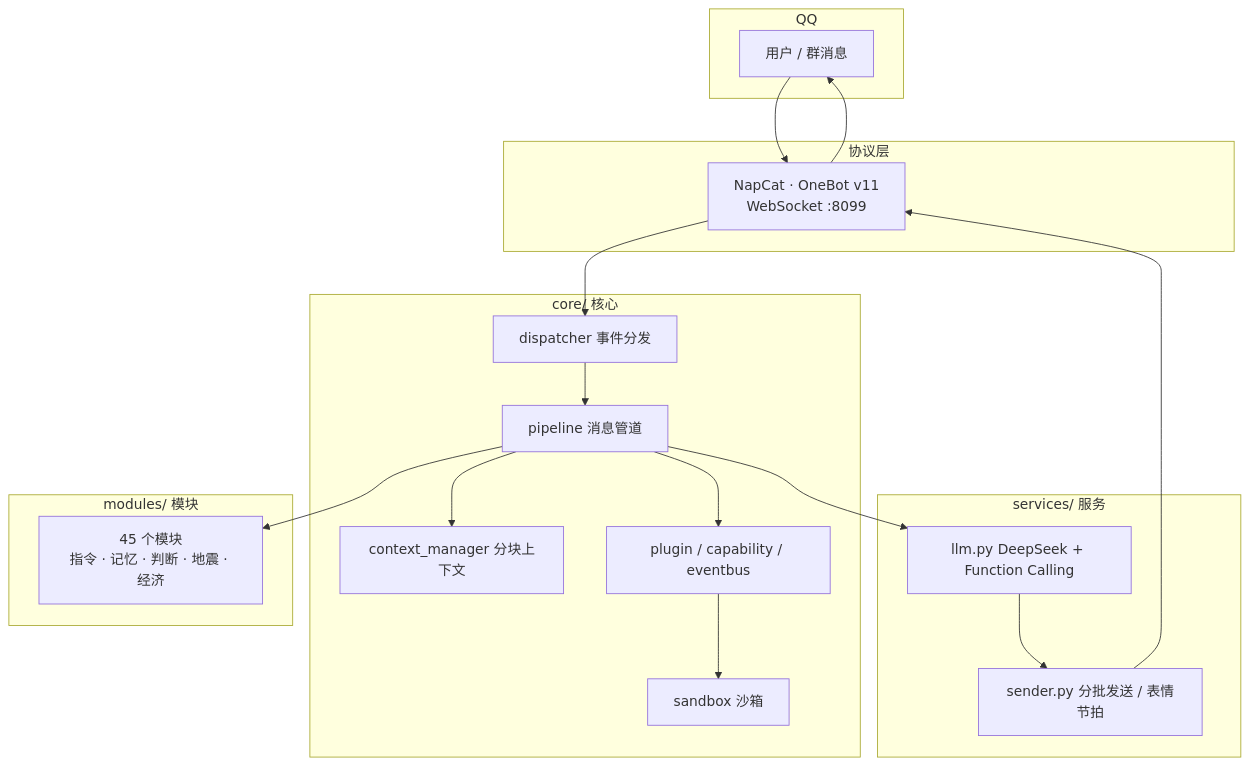
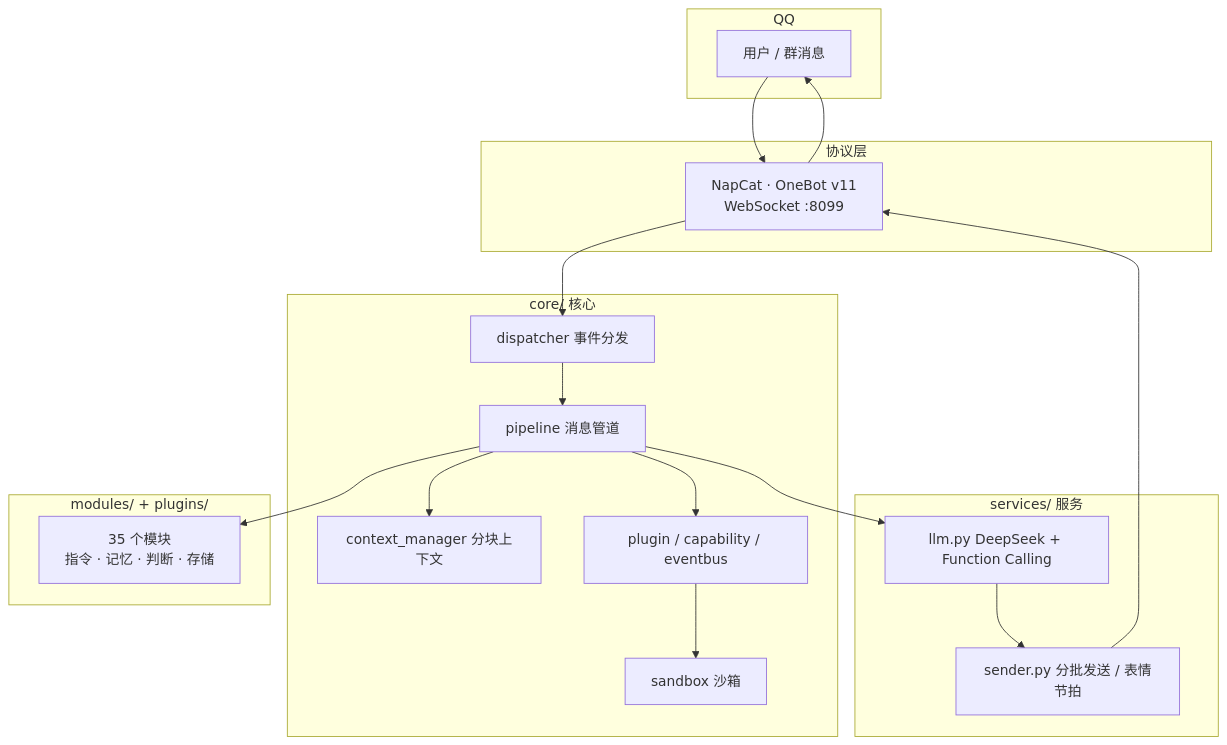
One commit to Trusler258/huanmeng-qqbot changed the first of 4 diagrams in README.md. Above: the diagram before and after it, drawn with Mermaid. The commit also changed other lines of this file and 13 other files, not shown here.

````diff
--- a/README.md
+++ b/README.md
@@ -106,36 +106,36 @@
 ```mermaid
 flowchart TB
     subgraph Client["QQ"]
         U["用户 / 群消息"]
     end
 
     subgraph Adapter["协议层"]
         NC["NapCat · OneBot v11<br/>WebSocket :8099"]
     end
 
     subgraph Core["core/ 核心"]
         D["dispatcher 事件分发"]
         P["pipeline 消息管道"]
         C["context_manager 分块上下文"]
         PL["plugin / capability / eventbus"]
         SB["sandbox 沙箱"]
     end
 
     subgraph Svc["services/ 服务"]
         L["llm.py DeepSeek + Function Calling"]
         S["sender.py 分批发送 / 表情节拍"]
     end
 
-    subgraph Mod["modules/ 模块"]
-        M["45 个模块<br/>指令 · 记忆 · 判断 · 地震 · 经济"]
+    subgraph Mod["modules/ + plugins/"]
+        M["35 个模块<br/>指令 · 记忆 · 判断 · 存储"]
     end
 
     U --> NC --> D --> P
     P --> C
     P --> L
     P --> PL
     P --> M
     L --> S
     PL --> SB
     S --> NC --> U
 ```
````
